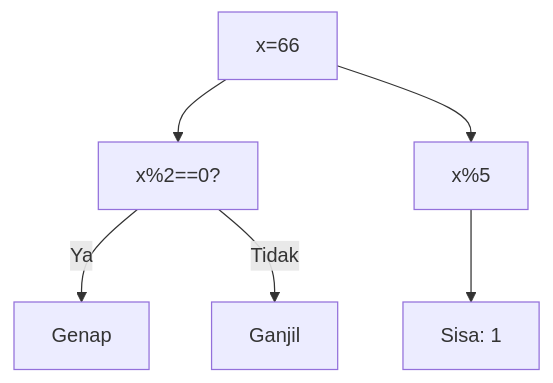
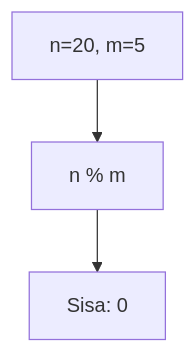
One commit to amnahwaida/OSNK_INF_PREP changed diagram 18 of 25 in part-c-pemahaman-cpp/01-tipe-data/latihan/set-07.md. Above: the diagram before and after it, drawn with Mermaid. The commit also changed other lines of this file and 71 other files, not shown here.

````diff
--- a/part-c-pemahaman-cpp/01-tipe-data/latihan/set-07.md
+++ b/part-c-pemahaman-cpp/01-tipe-data/latihan/set-07.md
@@ -560,8 +484,5 @@
 ```mermaid
 graph TD
-A["x=66"] --> B["x%2==0?"]
-B -- Ya --> C["Genap"]
-B -- Tidak --> D["Ganjil"]
-A --> E["x%5"]
-E --> F["Sisa: 1"]
+A["n=20, m=5"] --> B["n % m"]
+B --> C["Sisa: 0"]
 ```
````
